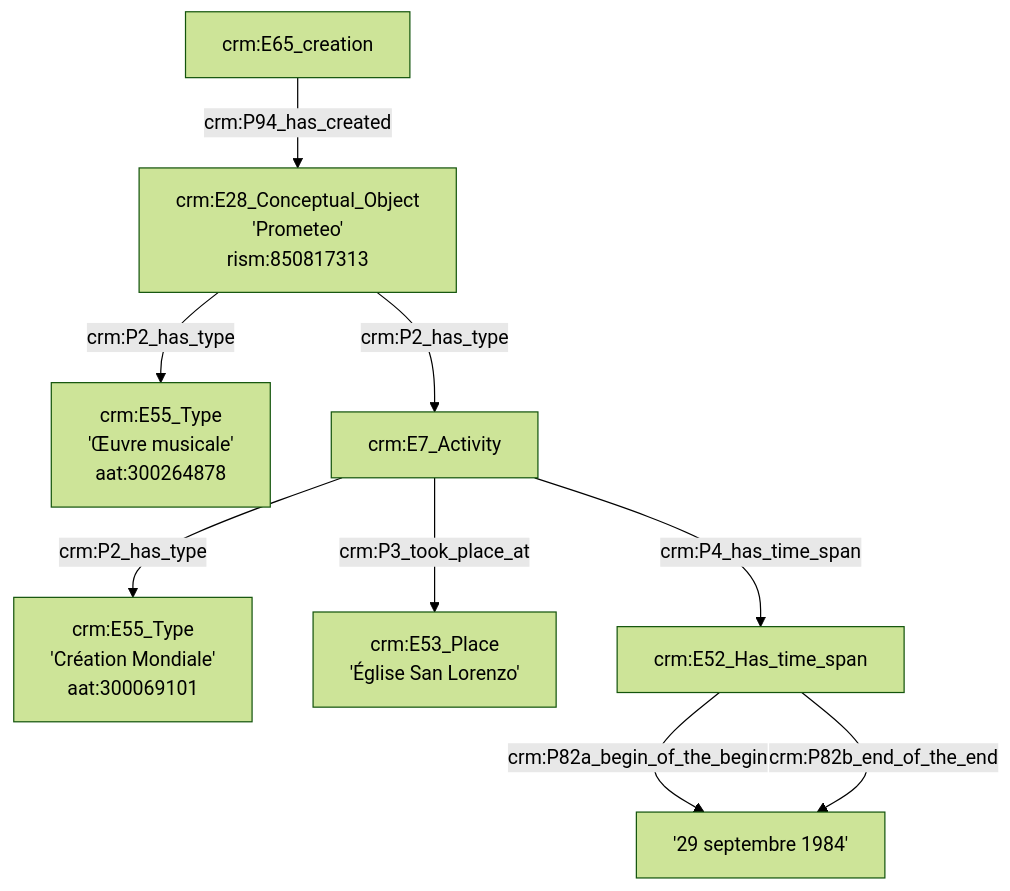
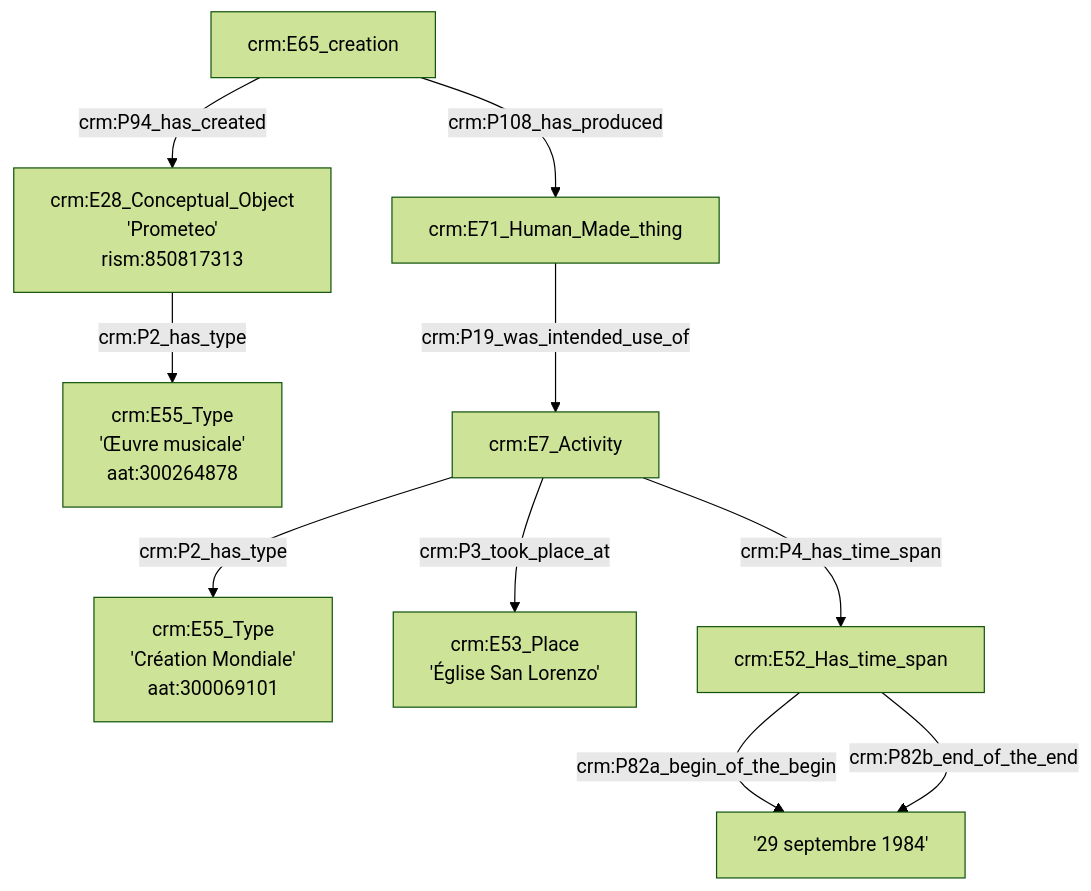
The second of 5 diagrams in Exemple1.md (GusBraud/OntoMatchGameGus), drawn with Mermaid (forest theme) before and after one commit.

````diff
--- a/Exemple1.md
+++ b/Exemple1.md
@@ -18,13 +18,14 @@
 ```mermaid
 graph TD;
 
 D[crm:E65_creation] --> |crm:P94_has_created| E[crm:E28_Conceptual_Object<br>'Prometeo'<br>rism:850817313]
+D[crm:E65_creation] --> |crm:P108_has_produced| L[crm:E71_Human_Made_thing]
 E[crm:E28_Conceptual_Object<br>'Prometeo'<br>rism:850817313] --> |crm:P2_has_type| F[crm:E55_Type<br>'Œuvre musicale'<br>aat:300264878]
-E[crm:E28_Conceptual_Object<br>'Prometeo'<br>rism:850817313] --> |crm:P2_has_type| G[crm:E7_Activity]
+L[crm:E71_Human_Made_thing] --> |crm:P19_was_intended_use_of| G[crm:E7_Activity]
 G[crm:E7_Activity] --> |crm:P2_has_type| H[crm:E55_Type<br>'Création Mondiale'<br>aat:300069101]
 G[crm:E7_Activity] --> |crm:P3_took_place_at| I[crm:E53_Place<br>'Église San Lorenzo']
 G[crm:E7_Activity] --> |crm:P4_has_time_span| J[crm:E52_Time_span]
 J[crm:E52_Has_time_span] --> |crm:P82a_begin_of_the_begin| K['29 septembre 1984']
 J[crm:E52_Has_time_span] --> |crm:P82b_end_of_the_end| K['29 septembre 1984']
 
 ```
````
